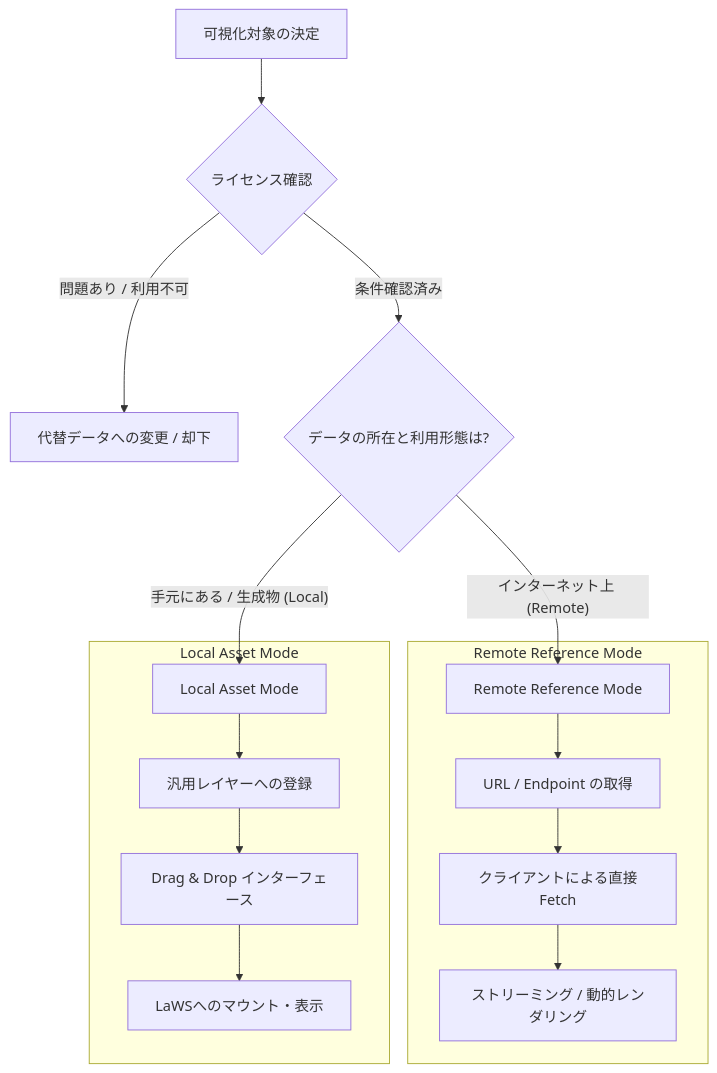
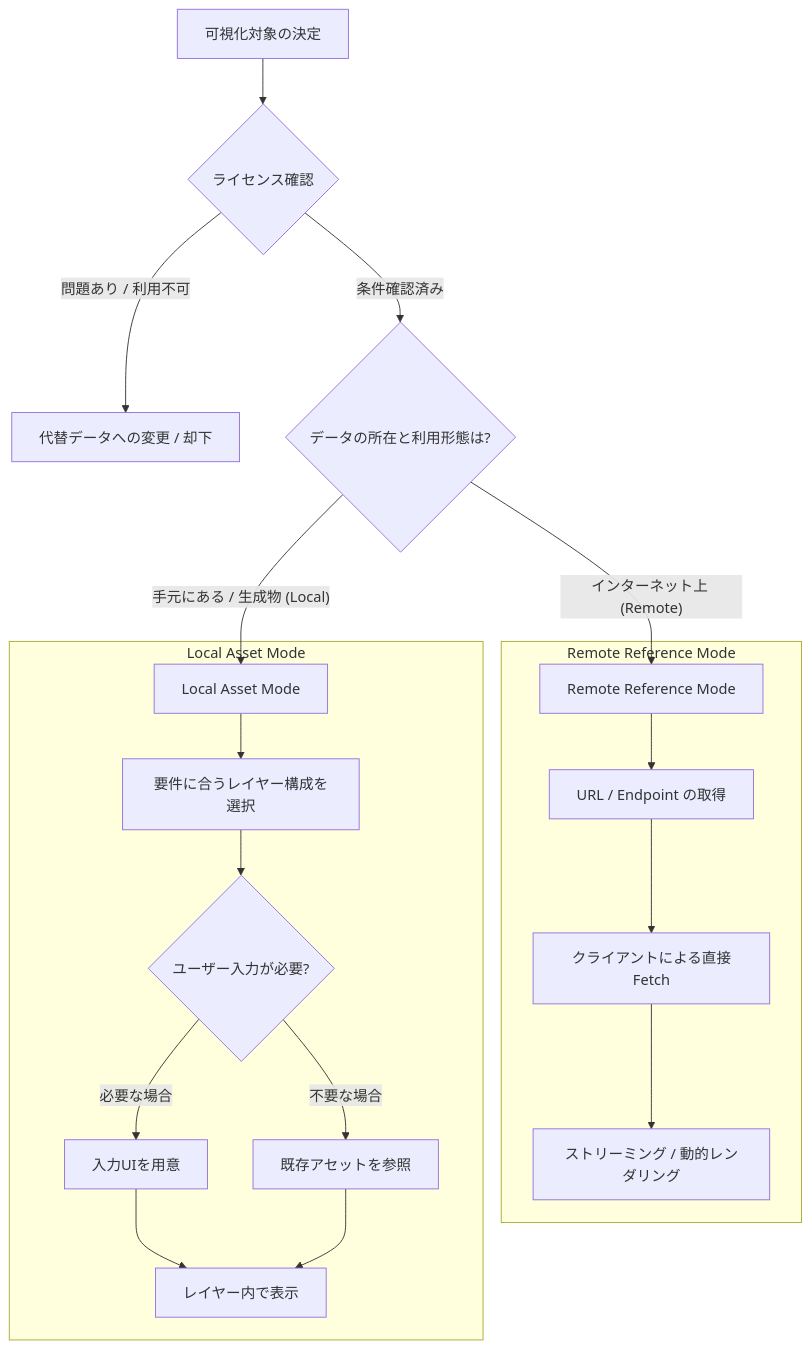
The diagram in skills/hl-layer-creator/references/data_source_architecture.md (kusariya/hl-layer-creator), drawn with Mermaid before and after one commit. The commit also changed 2 other files, not shown here.

Commit message:
docs: update data source architecture and harness documentation for clarity and accuracy

````diff
--- a/skills/hl-layer-creator/references/data_source_architecture.md
+++ b/skills/hl-layer-creator/references/data_source_architecture.md
@@ -9,21 +9,24 @@
 ```mermaid
 graph TD
     A[可視化対象の決定] --> B{ライセンス確認}
     B -- 問題あり / 利用不可 --> C[代替データへの変更 / 却下]
     B -- 条件確認済み --> D{データの所在と利用形態は?}
     
     D -- インターネット上 (Remote) --> E[Remote Reference Mode]
     D -- 手元にある / 生成物 (Local) --> F[Local Asset Mode]
 
     subgraph "Remote Reference Mode"
     E --> G[URL / Endpoint の取得]
     G --> H[クライアントによる直接Fetch]
     H --> I[ストリーミング / 動的レンダリング]
     end
 
     subgraph "Local Asset Mode"
-    F --> J[汎用レイヤーへの登録]
-    J --> K[Drag & Drop インターフェース]
-    K --> L[LaWSへのマウント・表示]
+    F --> J[要件に合うレイヤー構成を選択]
+    J --> K{ユーザー入力が必要?}
+    K -- 必要な場合 --> L[入力UIを用意]
+    K -- 不要な場合 --> M[既存アセットを参照]
+    L --> N[レイヤー内で表示]
+    M --> N
     end
 ```
````
